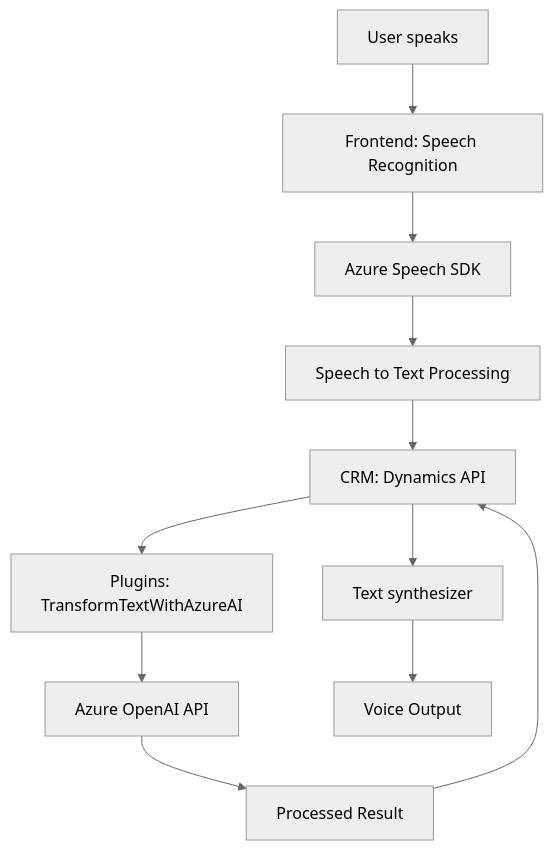
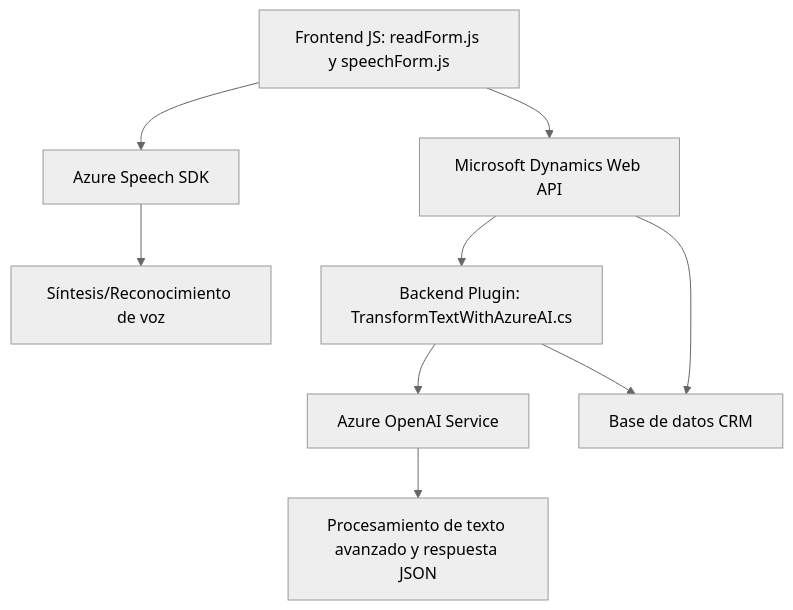
One commit to blopezdm/NETCORE_BILBAO2025 changed the diagram in README.md. Above: the diagram before and after it, drawn with Mermaid (neutral theme). The commit also changed other lines of this file, not shown here.

````diff
--- a/README.md
+++ b/README.md
@@ -31,24 +47,12 @@
 ```mermaid
 graph TD
-    A["User speaks"]
-    B["Frontend: Speech Recognition"]
-    C["Azure Speech SDK"]
-    D["Speech to Text Processing"]
-    E["CRM: Dynamics API"]
-    F["Plugins: TransformTextWithAzureAI"]
-    G["Azure OpenAI API"]
-    H["Processed Result"]
-    I["Text synthesizer"]
-    J["Voice Output"]
-
-    A --> B
-    B --> C
-    C --> D
-    D --> E
-    E --> F
-    F --> G
-    G --> H
-    H --> E
-    E --> I
-    I --> J
+    A["Frontend JS: readForm.js y speechForm.js"] --> B["Azure Speech SDK"]
+    A --> C["Microsoft Dynamics Web API"]
+    C --> D["Backend Plugin: TransformTextWithAzureAI.cs"]
+    D --> E["Azure OpenAI Service"]
+    C --> F["Base de datos CRM"]
+    D --> F
+    
+    B --> G["Síntesis/Reconocimiento de voz"]
+    E --> H["Procesamiento de texto avanzado y respuesta JSON"]
 ```
````
